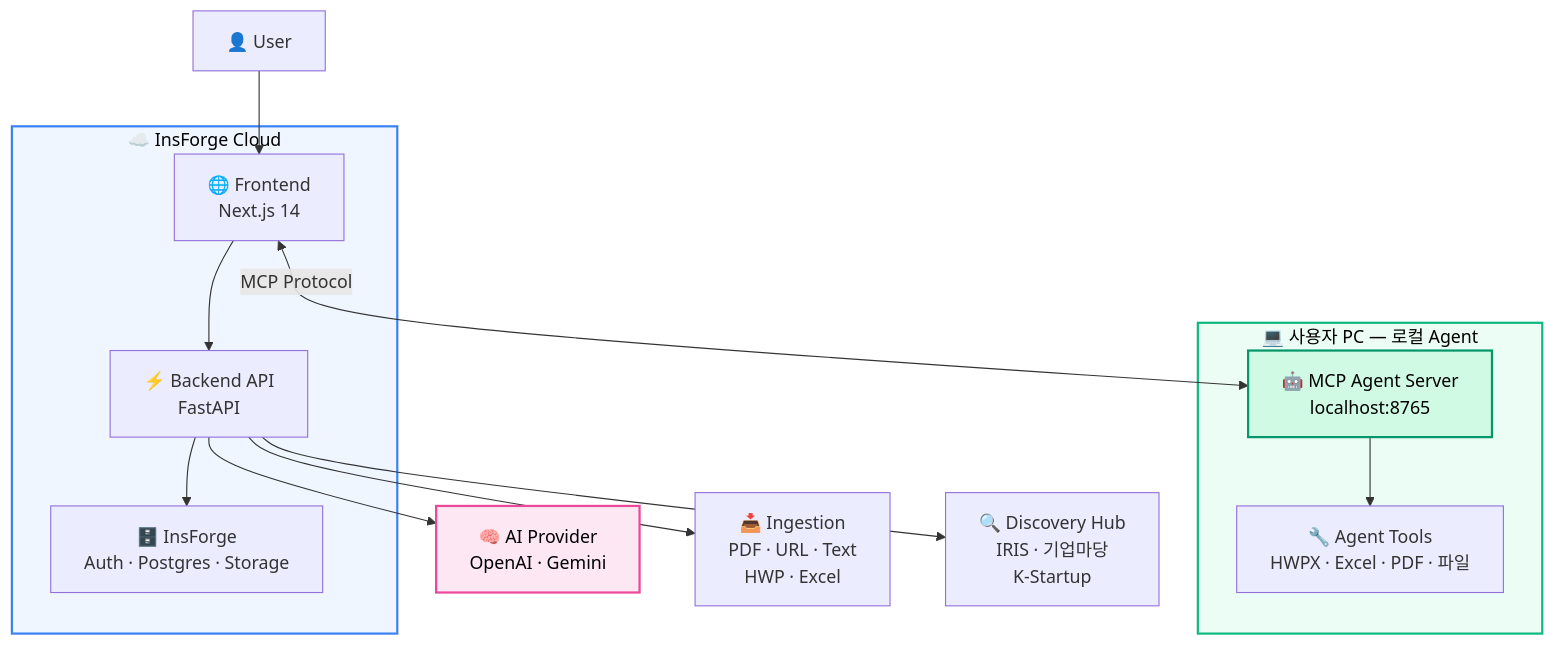
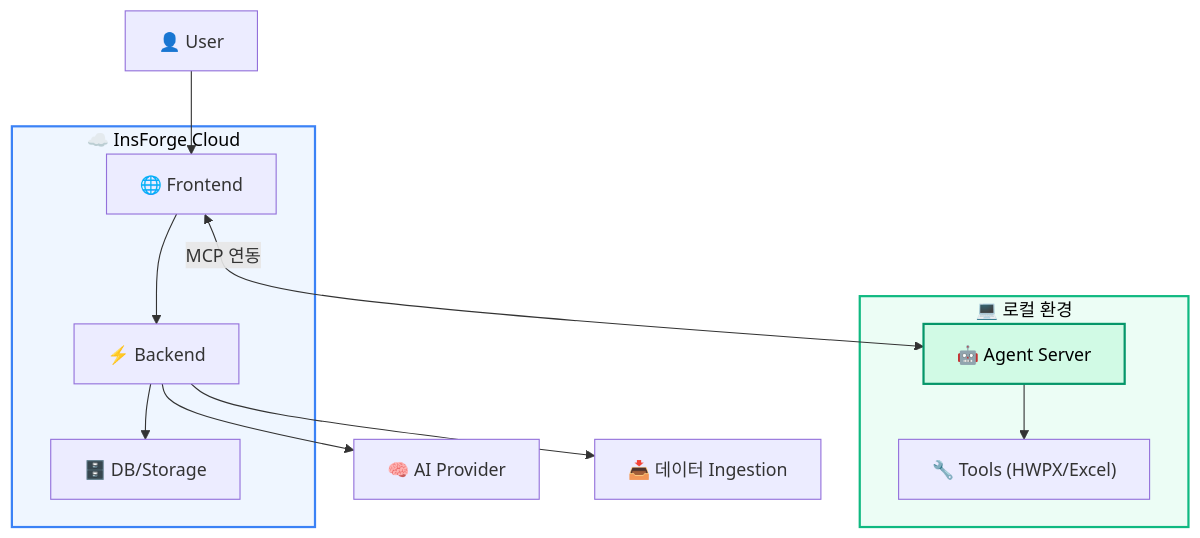
One commit to mingyugim090-debug/DockLive changed the sixth of 6 diagrams in README.md. Above: the diagram before and after it, drawn with Mermaid. The commit also changed other lines of this file, not shown here.

Commit message:
docs: Production URL 수정 및 다이어그램 크기(레이아웃) 최적화

````diff
--- a/README.md
+++ b/README.md
@@ -346,27 +324,20 @@
 ```mermaid
 flowchart TB
     U["👤 User"] --> FE
 
-    subgraph LOCAL["💻 사용자 PC — 로컬 Agent"]
-        AGENT["🤖 MCP Agent Server<br/>localhost:8765"]
-        TOOLS["🔧 Agent Tools<br/>HWPX · Excel · PDF · 파일"]
-        AGENT --> TOOLS
+    subgraph LOCAL["💻 로컬 환경"]
+        AGENT["🤖 Agent Server"] --> TOOLS["🔧 Tools (HWPX/Excel)"]
     end
 
     subgraph CLOUD["☁️ InsForge Cloud"]
-        FE["🌐 Frontend<br/>Next.js 14"]
-        API["⚡ Backend API<br/>FastAPI"]
-        DB["🗄️ InsForge<br/>Auth · Postgres · Storage"]
-        FE --> API --> DB
+        FE["🌐 Frontend"] --> API["⚡ Backend"] --> DB["🗄️ DB/Storage"]
     end
 
-    FE <-->|"MCP Protocol"| AGENT
-    API --> AI["🧠 AI Provider<br/>OpenAI · Gemini"]
-    API --> ING["📥 Ingestion<br/>PDF · URL · Text<br/>HWP · Excel"]
-    API --> DISC["🔍 Discovery Hub<br/>IRIS · 기업마당<br/>K-Startup"]
-
+    FE <-->|"MCP 연동"| AGENT
+    API --> AI["🧠 AI Provider"]
+    API --> ING["📥 데이터 Ingestion"]
+    
     style LOCAL fill:#ecfdf5,stroke:#10b981,stroke-width:2px,color:#000
     style CLOUD fill:#eff6ff,stroke:#3b82f6,stroke-width:2px,color:#000
     style AGENT fill:#d1fae5,stroke:#059669,stroke-width:2px,color:#000
-    style AI fill:#fce7f3,stroke:#ec4899,stroke-width:2px,color:#000
 ```
````
